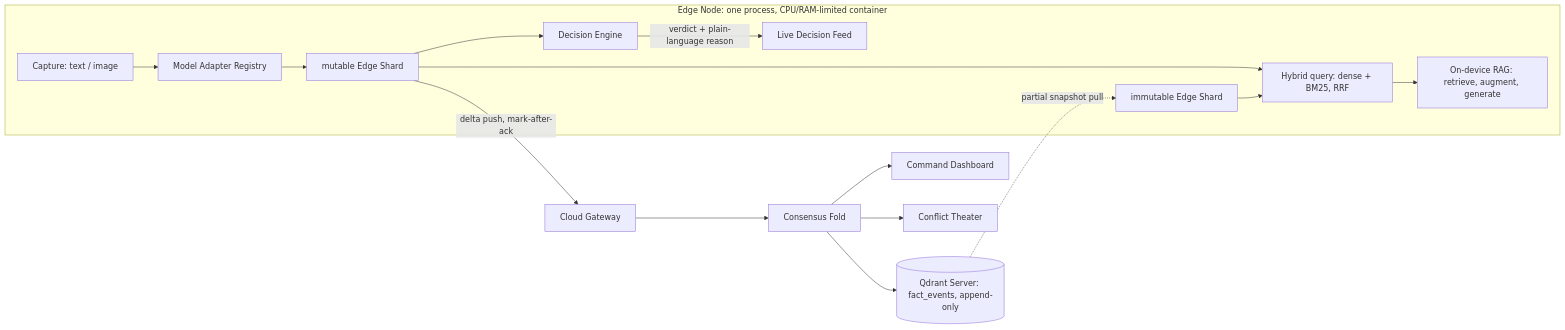
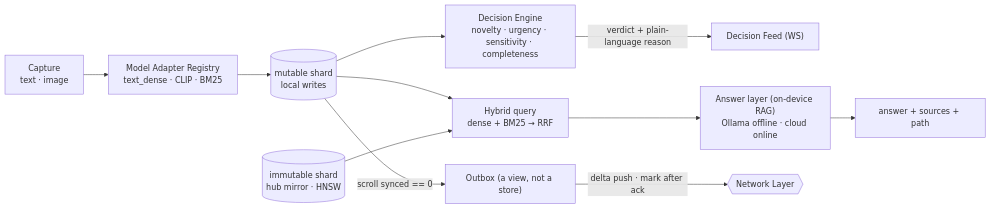
One commit to KA-1205/Ex-Vero changed the second of 6 diagrams in README.md. Above: the diagram before and after it, drawn with Mermaid. The commit also changed other lines of this file and 21 other files, not shown here.

````diff
--- a/README.md
+++ b/README.md
@@ -191,18 +246,13 @@
 ```mermaid
 flowchart LR
-    subgraph EDGE["Edge Node: one process, CPU/RAM-limited container"]
-        CAP[Capture: text / image] --> ADPT[Model Adapter Registry]
-        ADPT --> MUT[mutable Edge Shard]
-        MUT --> DE[Decision Engine]
-        DE -->|verdict + plain-language reason| FEED[Live Decision Feed]
-        MUT --> QRY[Hybrid query: dense + BM25, RRF]
-        IMM[immutable Edge Shard] --> QRY
-        QRY --> RAG[On-device RAG: retrieve, augment, generate]
-    end
-    MUT -->|delta push, mark-after-ack| GATE[Cloud Gateway]
-    GATE --> FOLD[Consensus Fold]
-    FOLD --> HUB[(Qdrant Server: fact_events, append-only)]
-    HUB -.partial snapshot pull.-> IMM
-    FOLD --> DASH[Command Dashboard]
-    FOLD --> THEATER[Conflict Theater]
+    CAP["Capture<br/>text · image"] --> REG["Model Adapter Registry<br/>text_dense · CLIP · BM25"]
+    REG --> MUT[("mutable shard<br/>local writes")]
+    MUT --> DE["Decision Engine<br/>novelty · urgency · sensitivity · completeness"]
+    DE -->|verdict + plain-language reason| FEED["Decision Feed (WS)"]
+    MUT --> QRY["Hybrid query<br/>dense + BM25 → RRF"]
+    IMM[("immutable shard<br/>hub mirror · HNSW")] --> QRY
+    QRY --> RAG["Answer layer (on-device RAG)<br/>Ollama offline · cloud online"]
+    RAG --> OUT["answer + sources + path"]
+    MUT -->|scroll synced == 0| OBX["Outbox (a view, not a store)"]
+    OBX -->|delta push · mark after ack| NET{{"Network Layer"}}
 ```
````
